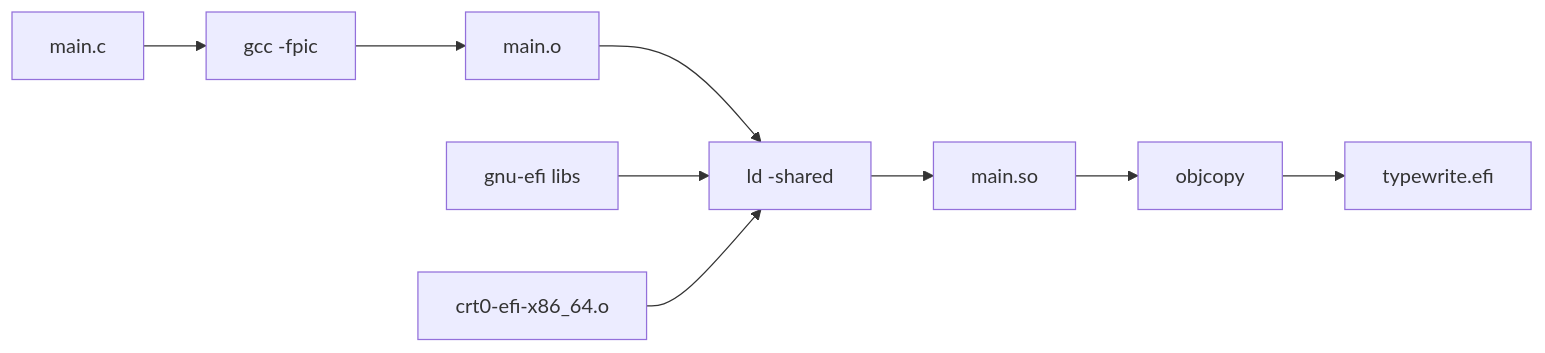
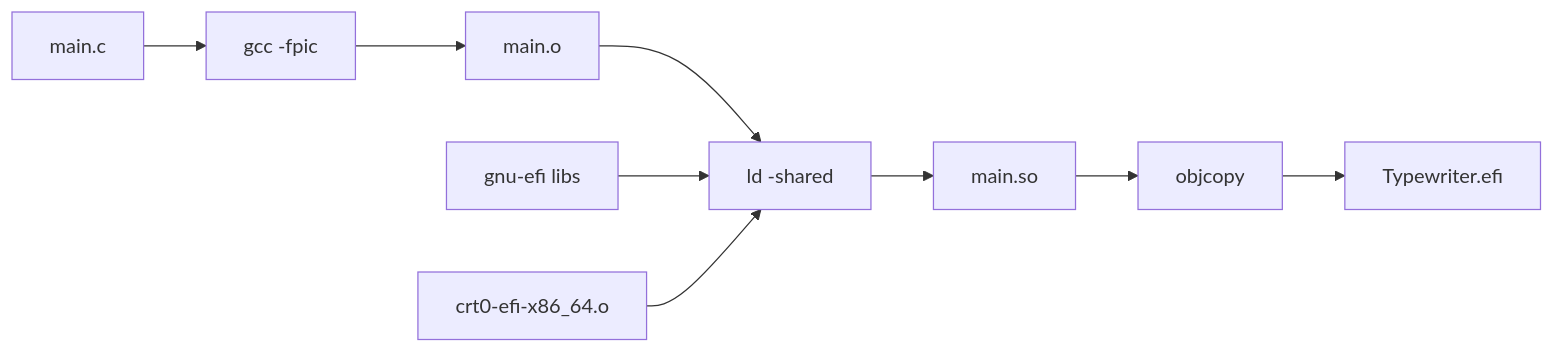
Before and after one commit to HackerComputerCompany/typewrite_os: the second of 2 diagrams in uefi-app/README.md, drawn with Mermaid. The commit also changed other lines of this file and 11 other files, not shown here.

First line of the commit message:
QEMU: start-qemu.sh builds, syncs EFI, and document test flow

````diff
--- a/uefi-app/README.md
+++ b/uefi-app/README.md
@@ -40,12 +40,12 @@
 ```mermaid
 flowchart LR
     A[main.c] --> B[gcc -fpic]
     B --> C[main.o]
     C --> D[ld -shared]
     D --> E[main.so]
     E --> F[objcopy]
-    F --> G[typewrite.efi]
+    F --> G[Typewriter.efi]
     
     H[gnu-efi libs] --> D
     I[crt0-efi-x86_64.o] --> D
 ```
````
